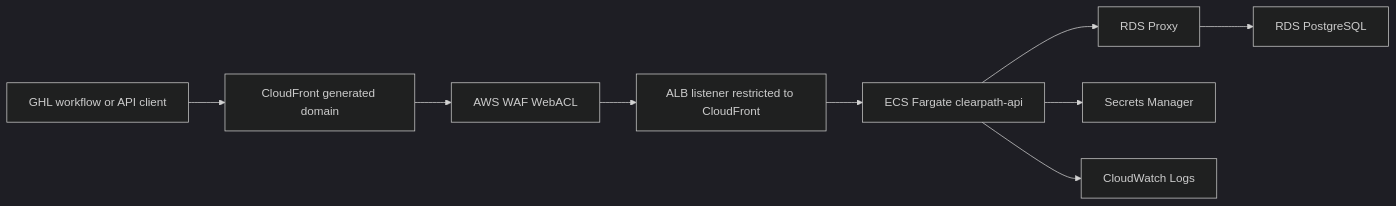
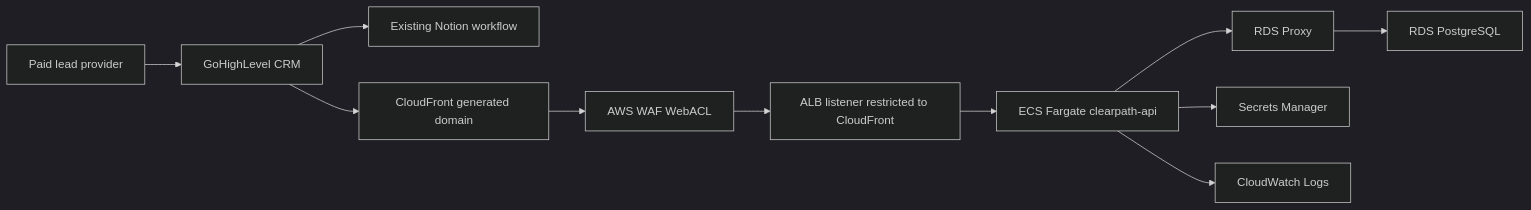
The diagram in README.md (manynames3/clearpath-fargate-api), drawn with Mermaid (dark theme) before and after one commit. The commit also changed other lines of this file and 7 other files, not shown here.

Commit message:
docs: clarify lead intelligence workflow positioning

````diff
--- a/README.md
+++ b/README.md
@@ -193,11 +201,13 @@
 ```mermaid
 flowchart LR
-    client["GHL workflow or API client"] --> cf["CloudFront generated domain"]
+    provider["Paid lead provider"] --> ghl["GoHighLevel CRM"]
+    ghl --> notion["Existing Notion workflow"]
+    ghl --> cf["CloudFront generated domain"]
     cf --> waf["AWS WAF WebACL"]
     waf --> alb["ALB listener restricted to CloudFront"]
     alb --> ecs["ECS Fargate clearpath-api"]
     ecs --> proxy["RDS Proxy"]
     proxy --> db["RDS PostgreSQL"]
     ecs --> secrets["Secrets Manager"]
     ecs --> logs["CloudWatch Logs"]
 ```
````
